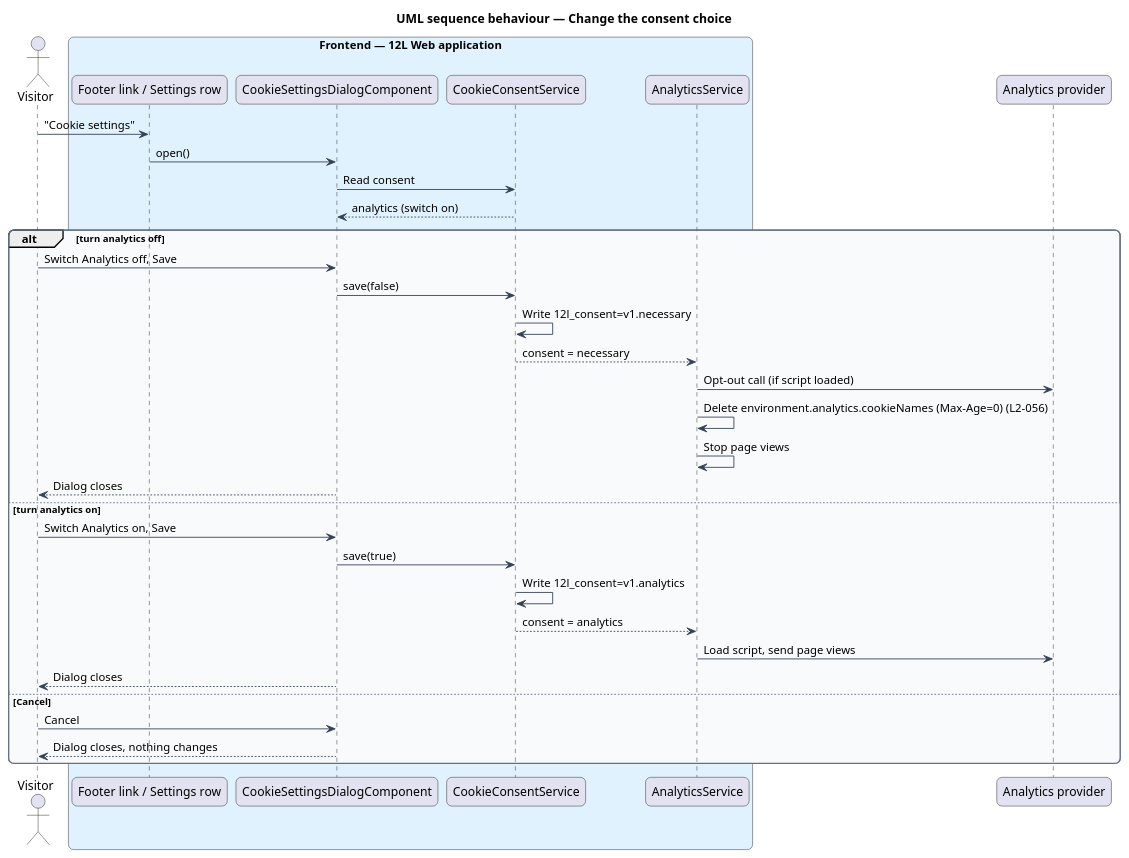
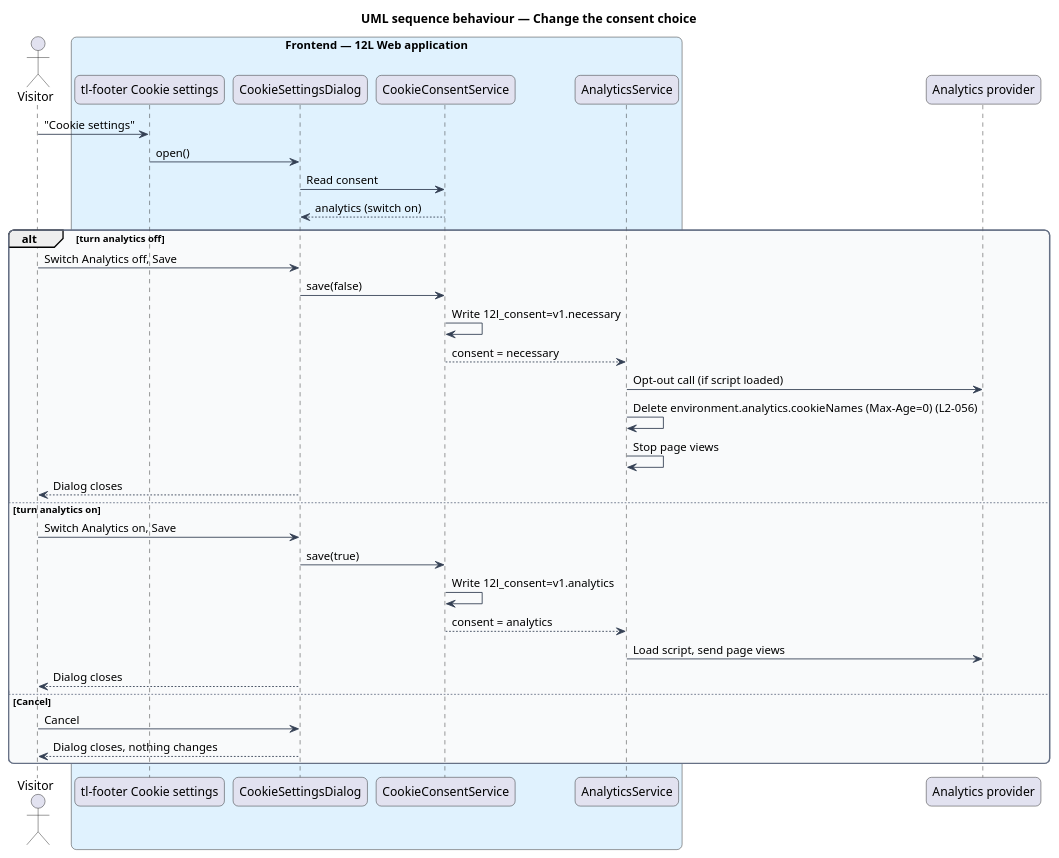
The diagram in docs/detailed-designs/privacy/manage-cookie-consent/diagrams/sequence-change-choice.puml (QuinntyneBrown/12l), drawn with PlantUML before and after one commit. The commit also changed 76 other files, not shown here.

```diff
--- a/docs/detailed-designs/privacy/manage-cookie-consent/diagrams/sequence-change-choice.puml
+++ b/docs/detailed-designs/privacy/manage-cookie-consent/diagrams/sequence-change-choice.puml
@@ -1,49 +1,49 @@
 @startuml
 title UML sequence behaviour — Change the consent choice
 skinparam backgroundColor #FFFFFF
 skinparam shadowing false
 skinparam roundcorner 12
 skinparam defaultFontName Arial
 skinparam ArrowColor #344054
 skinparam rectangle {
   BorderColor #344054
   FontColor #101828
 }
 skinparam package {
   BorderColor #667085
   FontColor #101828
   BackgroundColor #F9FAFB
 }
 actor "Visitor" as actor
 box "Frontend — 12L Web application" #E0F2FE
-  participant "Footer link / Settings row" as entry
-  participant "CookieSettingsDialogComponent" as dialog
+  participant "tl-footer Cookie settings" as entry
+  participant "CookieSettingsDialog" as dialog
   participant "CookieConsentService" as consent
   participant "AnalyticsService" as analytics
 end box
 participant "Analytics provider" as provider
 actor -> entry : "Cookie settings"
 entry -> dialog : open()
 dialog -> consent : Read consent
 consent --> dialog : analytics (switch on)
 alt turn analytics off
   actor -> dialog : Switch Analytics off, Save
   dialog -> consent : save(false)
   consent -> consent : Write 12l_consent=v1.necessary
   consent --> analytics : consent = necessary
   analytics -> provider : Opt-out call (if script loaded)
   analytics -> analytics : Delete environment.analytics.cookieNames (Max-Age=0) (L2-056)
   analytics -> analytics : Stop page views
   dialog --> actor : Dialog closes
 else turn analytics on
   actor -> dialog : Switch Analytics on, Save
   dialog -> consent : save(true)
   consent -> consent : Write 12l_consent=v1.analytics
   consent --> analytics : consent = analytics
   analytics -> provider : Load script, send page views
   dialog --> actor : Dialog closes
 else Cancel
   actor -> dialog : Cancel
   dialog --> actor : Dialog closes, nothing changes
 end
 @enduml
```
